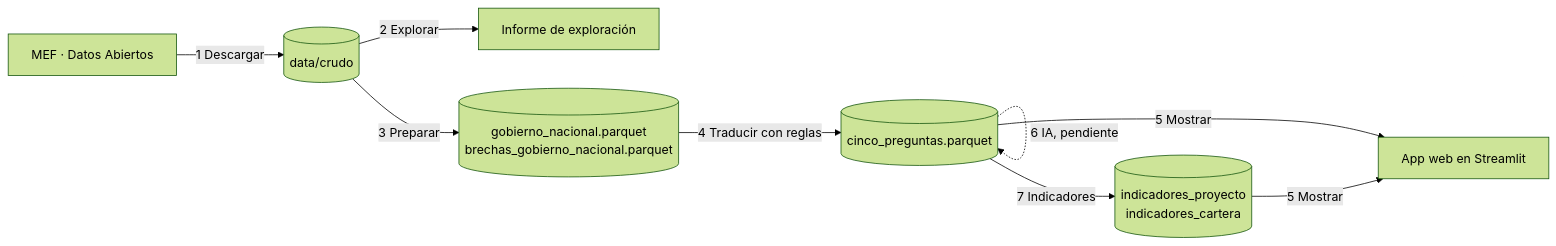
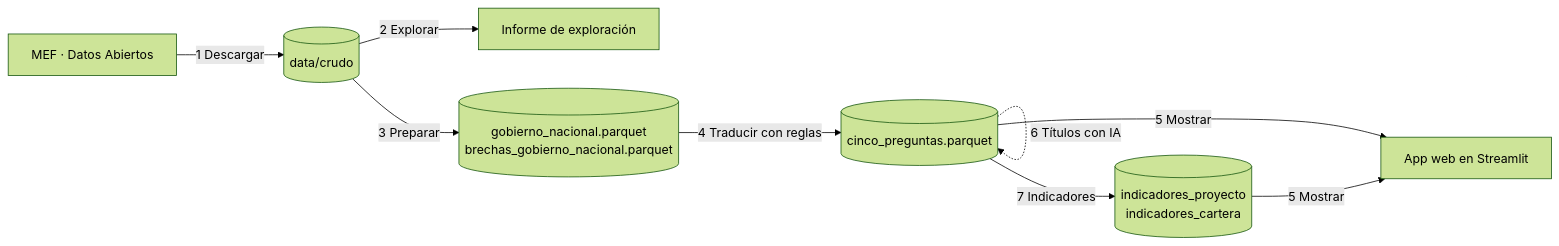
The diagram in docs/mapa_de_procesos.md (diegosimemirror/tarea5), drawn with Mermaid (forest theme) before and after one commit. The commit also changed other lines of this file and 3 other files, not shown here.

First line of the commit message:
Títulos de alcance con IA: prueba con el MIDIS y RENIEC (77 proyectos)

````diff
--- a/docs/mapa_de_procesos.md
+++ b/docs/mapa_de_procesos.md
@@ -16,11 +16,11 @@
 ```mermaid
 flowchart LR
   A[MEF · Datos Abiertos] -->|1 Descargar| B[(data/crudo)]
   B -->|2 Explorar| C[Informe de exploración]
   B -->|3 Preparar| D[(gobierno_nacional.parquet<br>brechas_gobierno_nacional.parquet)]
   D -->|4 Traducir con reglas| E[(cinco_preguntas.parquet)]
-  E -.->|6 IA, pendiente| E
+  E -.->|6 Títulos con IA| E
   E -->|7 Indicadores| G[(indicadores_proyecto<br>indicadores_cartera)]
   E -->|5 Mostrar| F[App web en Streamlit]
   G -->|5 Mostrar| F
 ```
````
